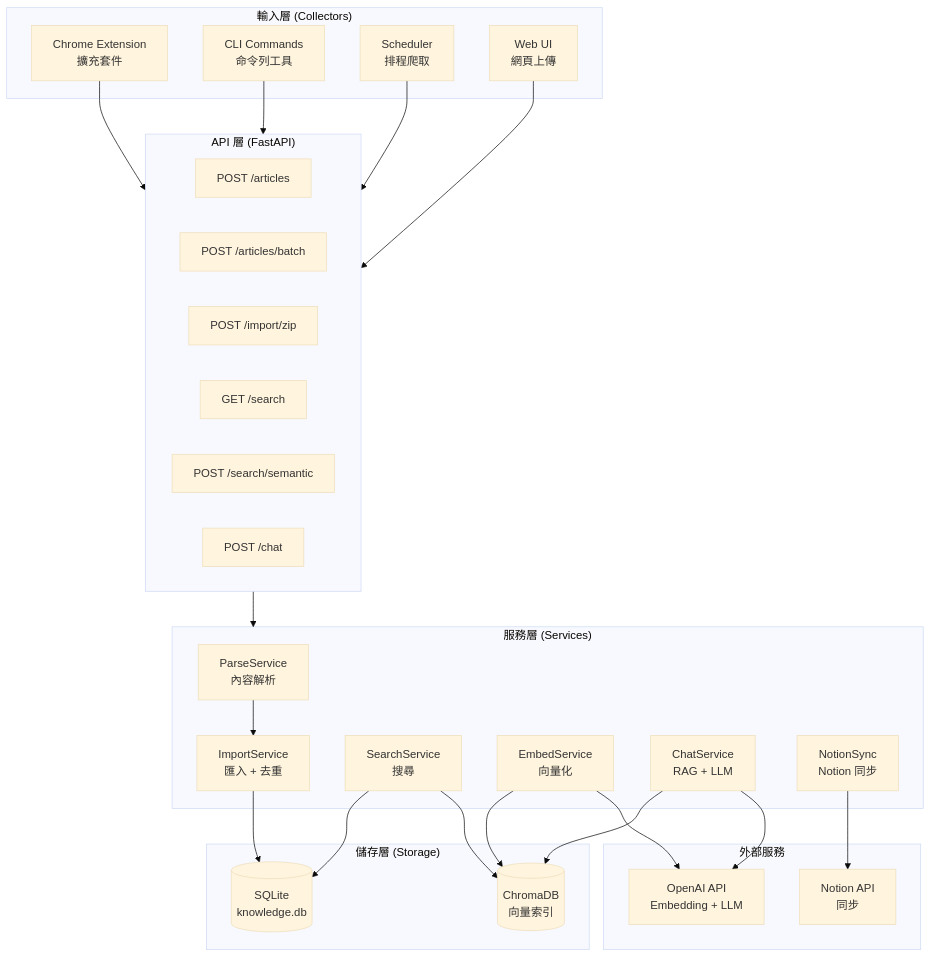
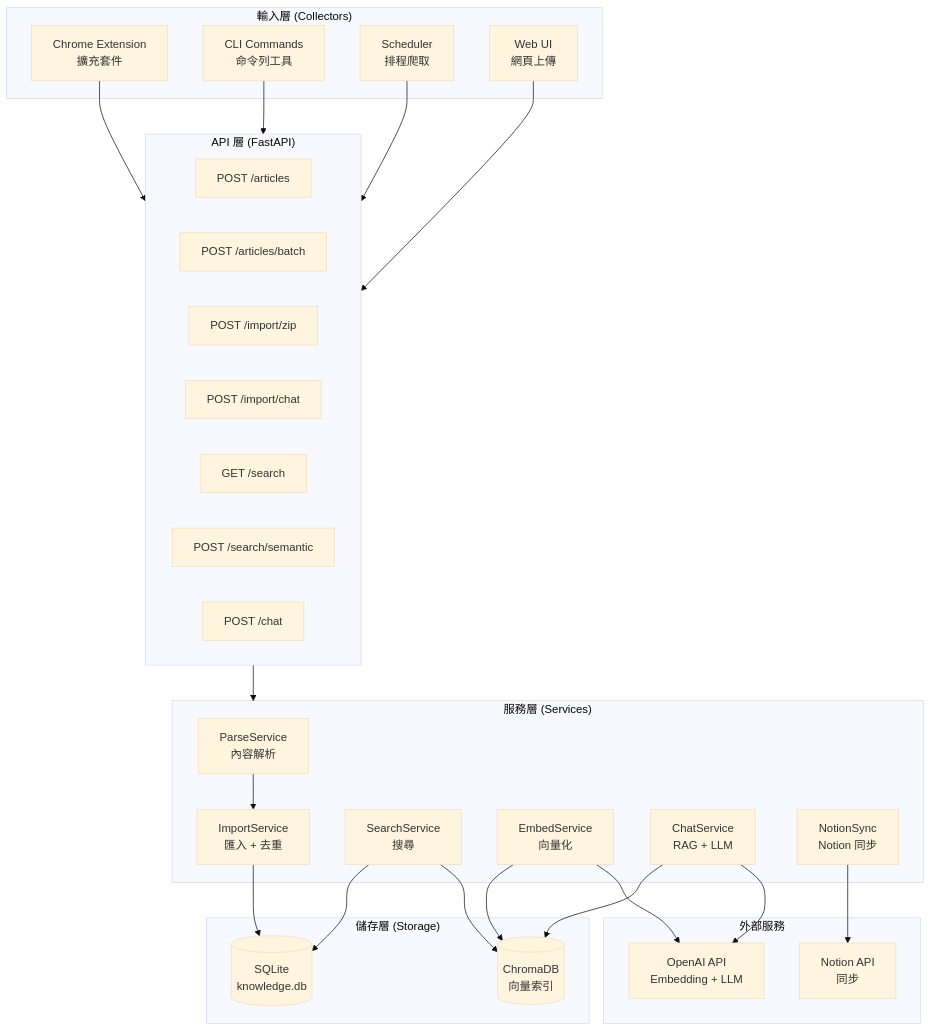
The first of 7 diagrams in docs/ARCHITECTURE.md (aliencat0528/knowledge-platform), drawn with Mermaid (base theme) before and after one commit. The commit also changed other lines of this file and 3 other files, not shown here.

First line of the commit message:
docs: update specs for Phase 2 AI chat import feature

````diff
--- a/docs/ARCHITECTURE.md
+++ b/docs/ARCHITECTURE.md
@@ -9,56 +9,57 @@
 ```mermaid
 flowchart TB
     subgraph Collectors["輸入層 (Collectors)"]
         EXT["Chrome Extension<br/>擴充套件"]
         CLI["CLI Commands<br/>命令列工具"]
         SCH["Scheduler<br/>排程爬取"]
         WEB["Web UI<br/>網頁上傳"]
     end
 
     subgraph API["API 層 (FastAPI)"]
         direction LR
         A1["POST /articles"]
         A2["POST /articles/batch"]
         A3["POST /import/zip"]
+        A3b["POST /import/chat"]
         A4["GET /search"]
         A5["POST /search/semantic"]
         A6["POST /chat"]
     end
 
     subgraph Services["服務層 (Services)"]
         PS["ParseService<br/>內容解析"]
         IS["ImportService<br/>匯入 + 去重"]
         SS["SearchService<br/>搜尋"]
         ES["EmbedService<br/>向量化"]
         CS["ChatService<br/>RAG + LLM"]
         NS["NotionSync<br/>Notion 同步"]
     end
 
     subgraph Storage["儲存層 (Storage)"]
         DB[("SQLite<br/>knowledge.db")]
         VDB[("ChromaDB<br/>向量索引")]
     end
 
     subgraph External["外部服務"]
         OAI["OpenAI API<br/>Embedding + LLM"]
         NOT["Notion API<br/>同步"]
     end
 
     %% Connections
     EXT --> API
     CLI --> API
     SCH --> API
     WEB --> API
 
     API --> Services
 
     PS --> IS
     IS --> DB
     ES --> VDB
     ES --> OAI
     CS --> VDB
     CS --> OAI
     NS --> NOT
     SS --> DB
     SS --> VDB
 ```
````
